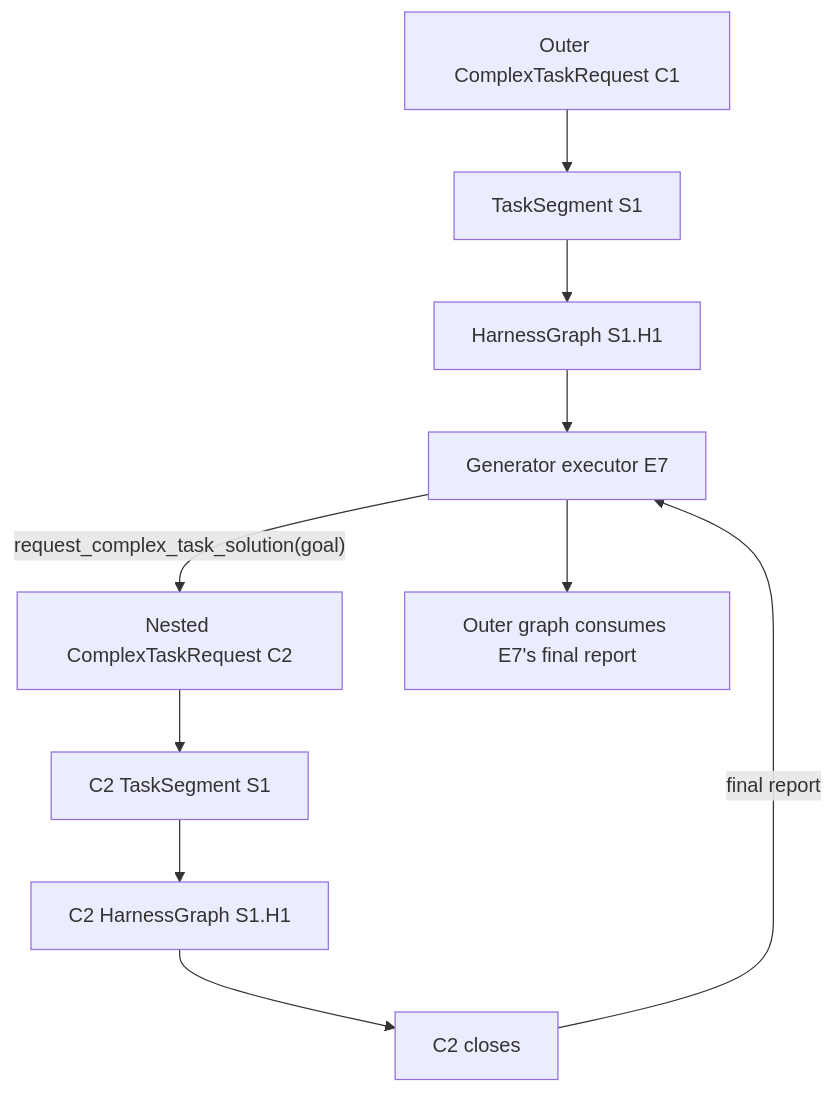
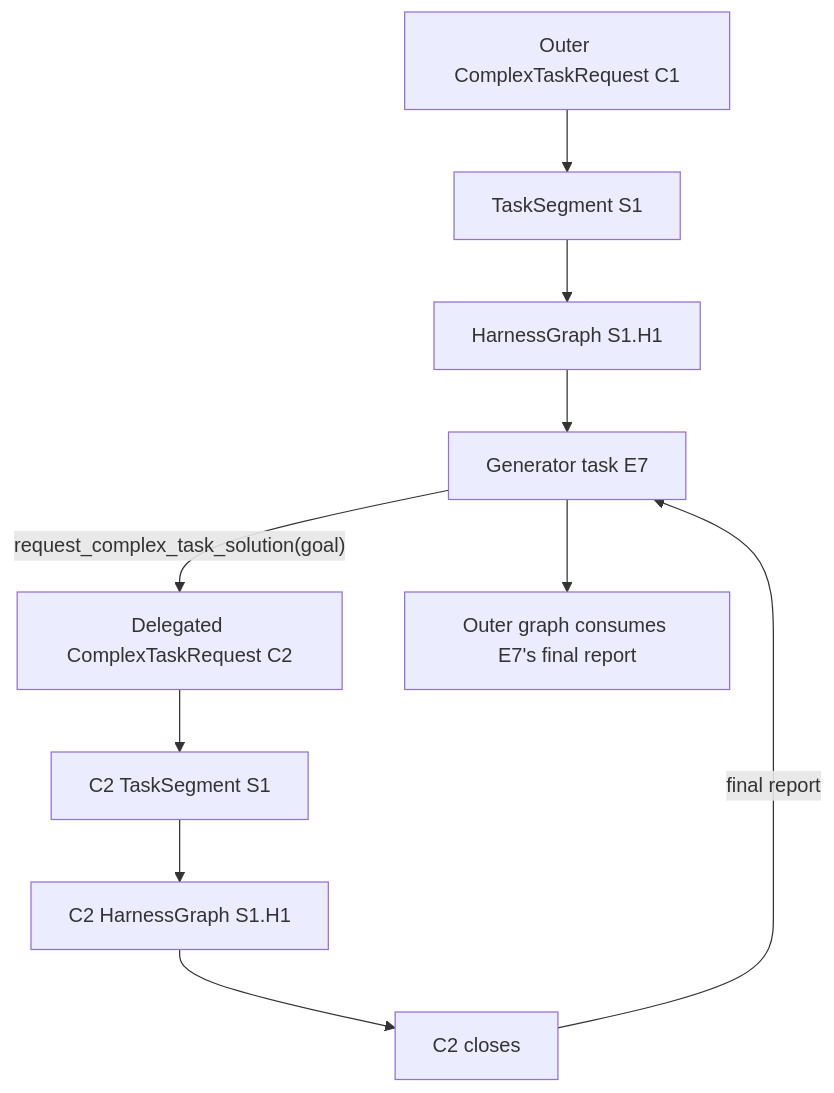
The ninth of 9 diagrams in docs/architecture/task-center-harness-migration/complex-task-workflow-overview.md (Ephemeral-AI-Lab/ephemeral-os), drawn with Mermaid before and after one commit. The commit also changed other lines of this file and 25 other files, not shown here.

Commit message:
Refine complex task generator handoff

````diff
--- a/docs/architecture/task-center-harness-migration/complex-task-workflow-overview.md
+++ b/docs/architecture/task-center-harness-migration/complex-task-workflow-overview.md
@@ -206,12 +207,12 @@
 ```mermaid
 flowchart TD
     C1["Outer ComplexTaskRequest C1"] --> S1["TaskSegment S1"]
     S1 --> H1["HarnessGraph S1.H1"]
-    H1 --> E7["Generator executor E7"]
-    E7 -->|"request_complex_task_solution(goal)"| C2["Nested ComplexTaskRequest C2"]
+    H1 --> E7["Generator task E7"]
+    E7 -->|"request_complex_task_solution(goal)"| C2["Delegated ComplexTaskRequest C2"]
     C2 --> C2S1["C2 TaskSegment S1"]
     C2S1 --> C2H1["C2 HarnessGraph S1.H1"]
     C2H1 --> C2Close["C2 closes"]
     C2Close -->|"final report"| E7
     E7 --> OuterContinue["Outer graph consumes E7's final report"]
 ```
````
